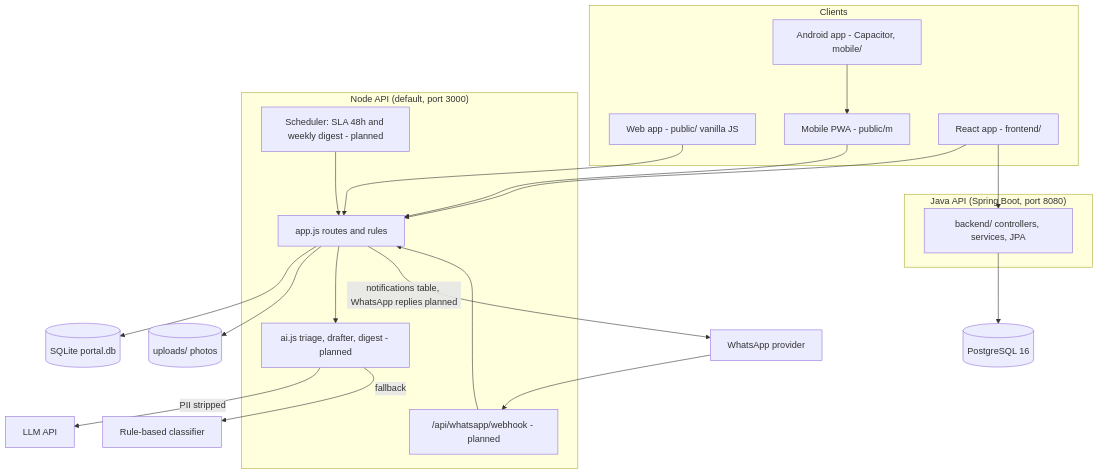
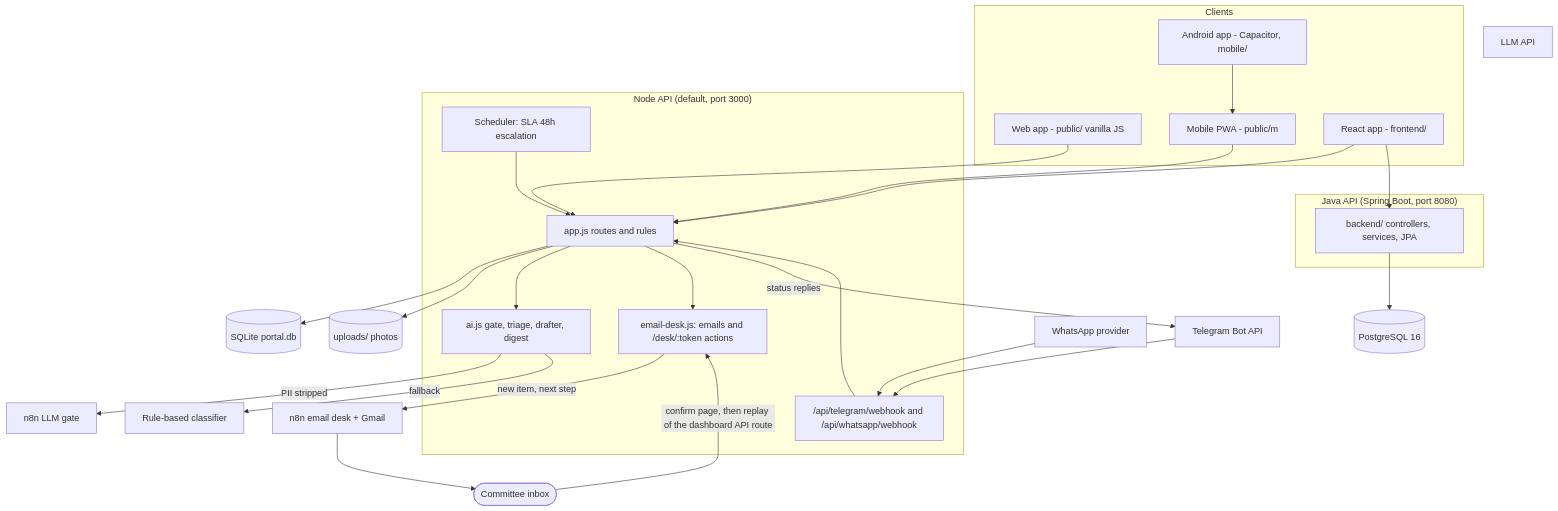
One commit to beerus-Ai/housing-portal changed the second of 6 diagrams in docs/architecture/architecture.md. Above: the diagram before and after it, drawn with Mermaid. The commit also changed other lines of this file and 17 other files, not shown here.

First line of the commit message:
docs: bring all documentation up to date (Telegram, n8n LLM gate, email desk with stage approvals)

````diff
--- a/docs/architecture/architecture.md
+++ b/docs/architecture/architecture.md
@@ -21,37 +26,43 @@
 ```mermaid
 flowchart TB
   subgraph Clients
     web[Web app - public/ vanilla JS]
     pwa[Mobile PWA - public/m]
     react[React app - frontend/]
     droid[Android app - Capacitor, mobile/]
   end
   subgraph Node["Node API (default, port 3000)"]
     app[app.js routes and rules]
-    ai[ai.js triage, drafter, digest - planned]
-    hook["/api/whatsapp/webhook - planned"]
-    sched[Scheduler: SLA 48h and weekly digest - planned]
+    ai[ai.js gate, triage, drafter, digest]
+    hook["/api/telegram/webhook and /api/whatsapp/webhook"]
+    sched[Scheduler: SLA 48h escalation]
+    desk["email-desk.js: emails and /desk/:token actions"]
   end
   subgraph Java["Java API (Spring Boot, port 8080)"]
     jb[backend/ controllers, services, JPA]
   end
   sqlite[(SQLite portal.db)]
   pg[(PostgreSQL 16)]
   files[(uploads/ photos)]
   wa[WhatsApp provider]
   llm[LLM API]
   web --> app
   pwa --> app
   react --> app
   react --> jb
   droid --> pwa
   app --> sqlite
   app --> files
   jb --> pg
-  wa --> hook --> app
+  tg[Telegram Bot API] --> hook --> app
+  wa --> hook
   app --> ai
-  ai -->|PII stripped| llm
+  ai -->|PII stripped| n8n[n8n LLM gate]
   ai -->|fallback| rules[Rule-based classifier]
   sched --> app
-  app -->|notifications table, WhatsApp replies planned| wa
+  app --> desk
+  desk -->|new item, next step| n8nmail[n8n email desk + Gmail]
+  n8nmail --> inbox([Committee inbox])
+  inbox -->|confirm page, then replay of the dashboard API route| desk
+  app -->|status replies| tg
 ```
````
